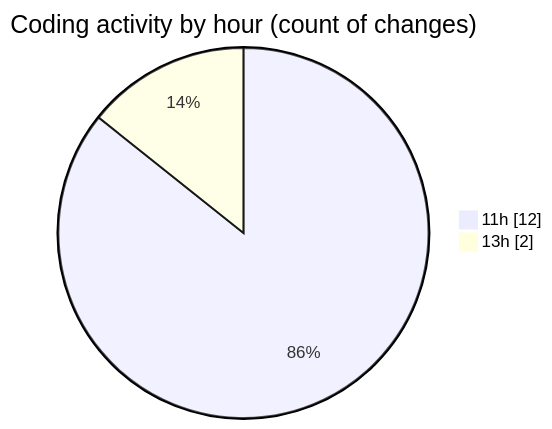
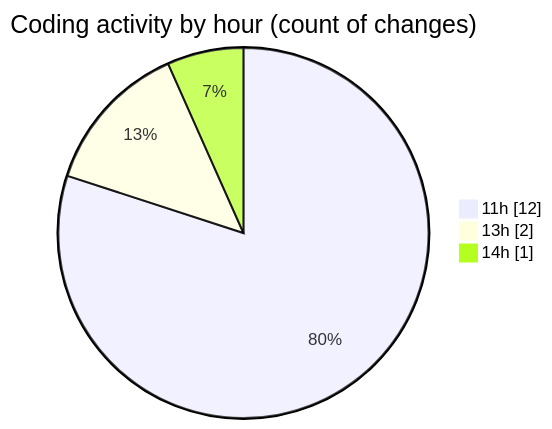
The second of 2 diagrams in 2025-04-17/belajar_flutter/README.md (idhammustaqopulfikri/code-tracking), drawn with Mermaid before and after one commit. The commit also changed other lines of this file and 1 other file, not shown here.

````diff
--- a/2025-04-17/belajar_flutter/README.md
+++ b/2025-04-17/belajar_flutter/README.md
@@ -33,6 +34,7 @@
 ```mermaid
 pie showData
 title Coding activity by hour (count of changes)
 "11h" : 12
 "13h" : 2
+"14h" : 1
 ```
````
